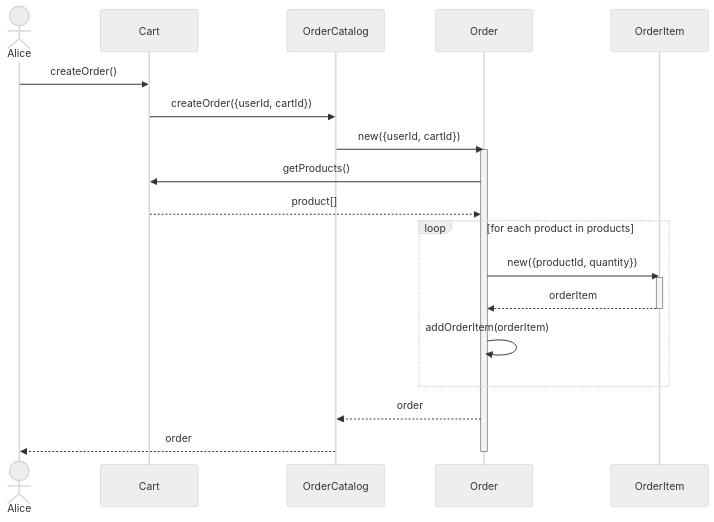
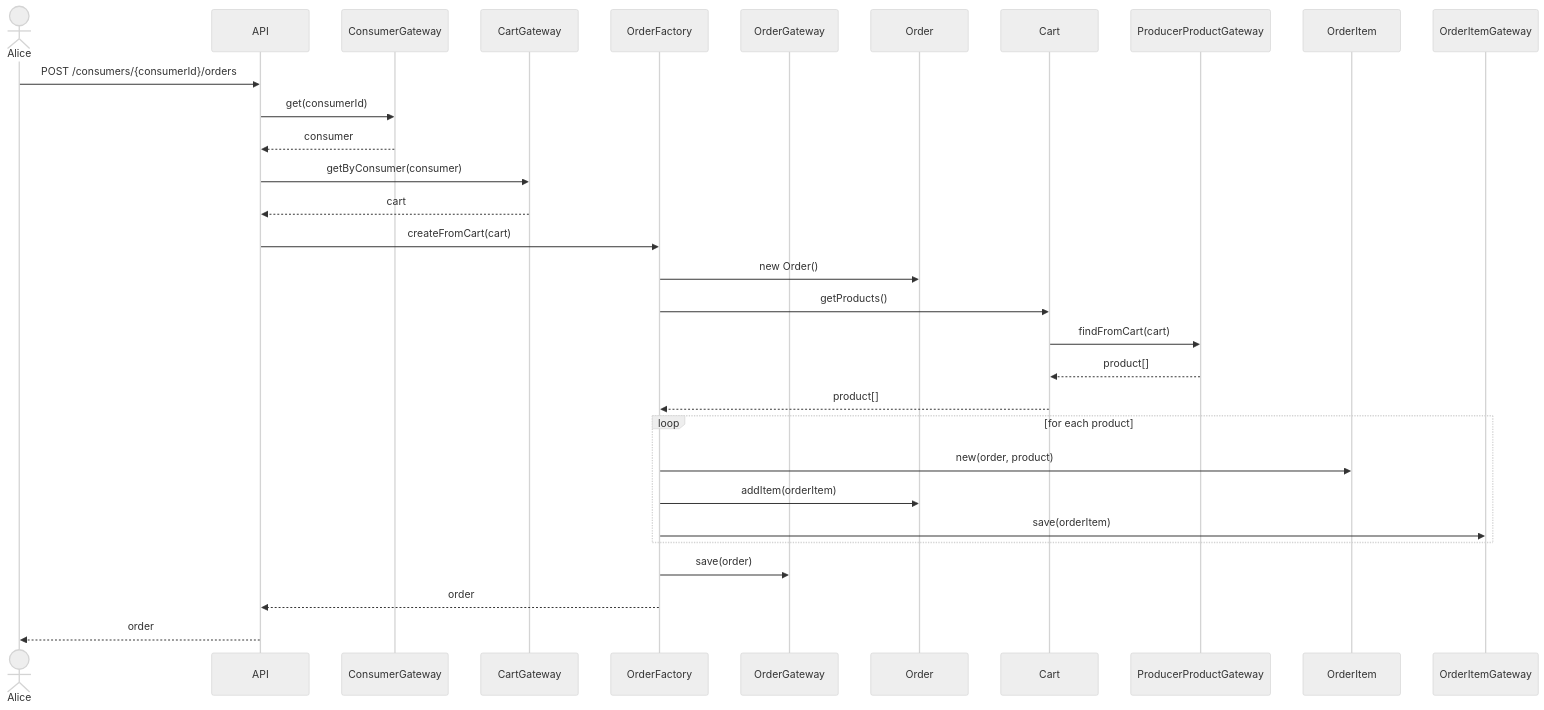
Diagram 14 of 32 in sequence.md (hivetown/planning), drawn with Mermaid (neutral theme) before and after one commit. The commit also changed other lines of this file, not shown here.

````diff
--- a/sequence.md
+++ b/sequence.md
@@ -350,29 +398,40 @@
 ```mermaid
 sequenceDiagram
     actor A as Alice
+    participant API
+    participant CG as ConsumerGateway
+    participant CaG as CartGateway
+    participant OF as OrderFactory
+    participant OG as OrderGateway
+    participant O as Order
     participant C as Cart
-    participant OC as OrderCatalog
-    participant O as Order
+    participant PPG as ProducerProductGateway
     participant OI as OrderItem
+    participant OIG as OrderItemGateway
 
-    A ->> C: createOrder()
-    C ->> OC: createOrder({userId, cartId})
-    OC ->> O: new({userId, cartId})
-    activate O
+    A ->> API: POST /consumers/{consumerId}/orders
 
-    O ->> C: getProducts()
-    C -->> O: product[]
+    API ->> CG: get(consumerId)
+    CG -->> API: consumer
 
-    loop for each product in products
-        O ->> OI: new({productId, quantity})
-        activate OI
-        OI -->> O: orderItem
-        deactivate OI
+    API ->> CaG: getByConsumer(consumer)
+    CaG -->> API: cart
 
-        O ->> O: addOrderItem(orderItem)
+    API ->> OF: createFromCart(cart)
+    OF ->> O: new Order()
+
+    OF ->> C: getProducts()
+    C ->> PPG: findFromCart(cart)
+    PPG -->> C: product[]
+    C -->> OF: product[]
+
+    loop for each product
+        OF ->> OI: new(order, product)
+        OF ->> O: addItem(orderItem)
+        OF ->> OIG: save(orderItem)
     end
 
-    O -->> OC: order
-    OC -->> A: order
-    deactivate O
+    OF ->> OG: save(order)
+    OF -->> API: order
+    API -->> A: order
 ```
````
